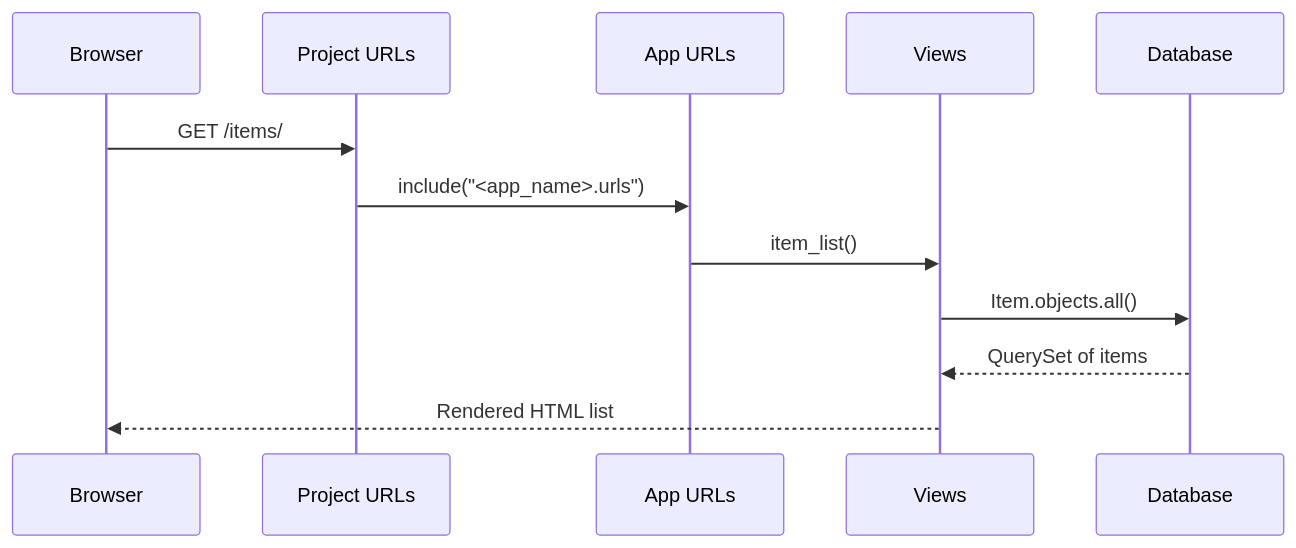
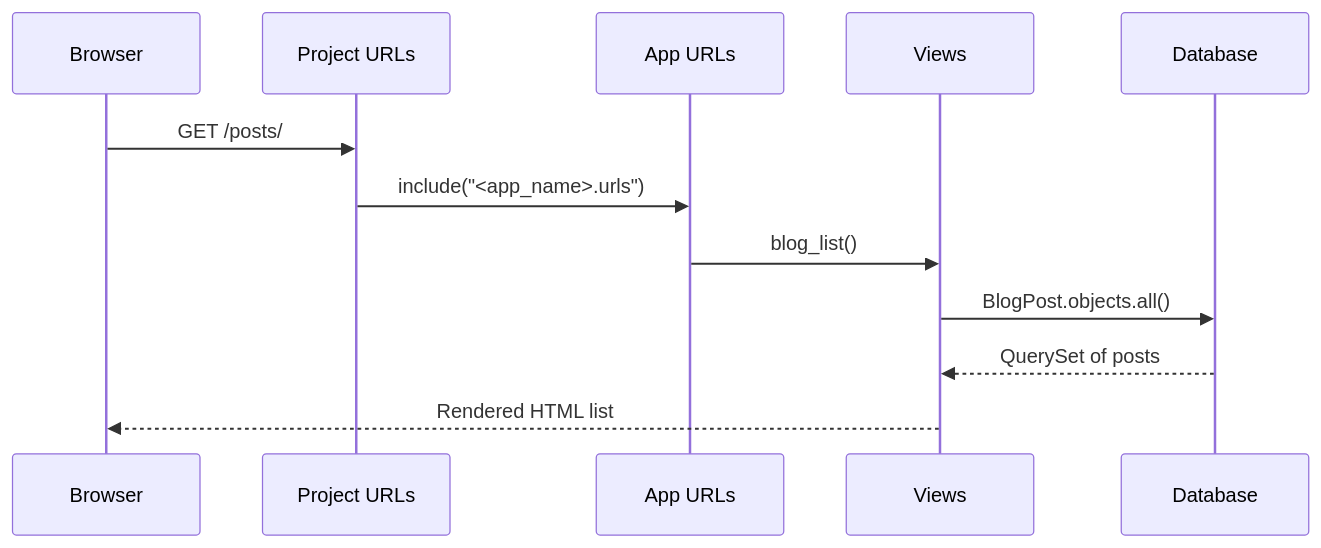
Before and after one commit to tindyc/django-quest: the diagram in .github/ISSUE_TEMPLATE/issue-7-show-data.md, drawn with Mermaid. The commit also changed other lines of this file, not shown here.

First line of the commit message:
Revise issue template for BlogPost display

````diff
--- a/.github/ISSUE_TEMPLATE/issue-7-show-data.md
+++ b/.github/ISSUE_TEMPLATE/issue-7-show-data.md
@@ -170,9 +167,9 @@
 ```mermaid
 sequenceDiagram
-    Browser->>Project URLs: GET /items/
+    Browser->>Project URLs: GET /posts/
     Project URLs->>App URLs: include("<app_name>.urls")
-    App URLs->>Views: item_list()
-    Views->>Database: Item.objects.all()
-    Database-->>Views: QuerySet of items
+    App URLs->>Views: blog_list()
+    Views->>Database: BlogPost.objects.all()
+    Database-->>Views: QuerySet of posts
     Views-->>Browser: Rendered HTML list
 ```
````
